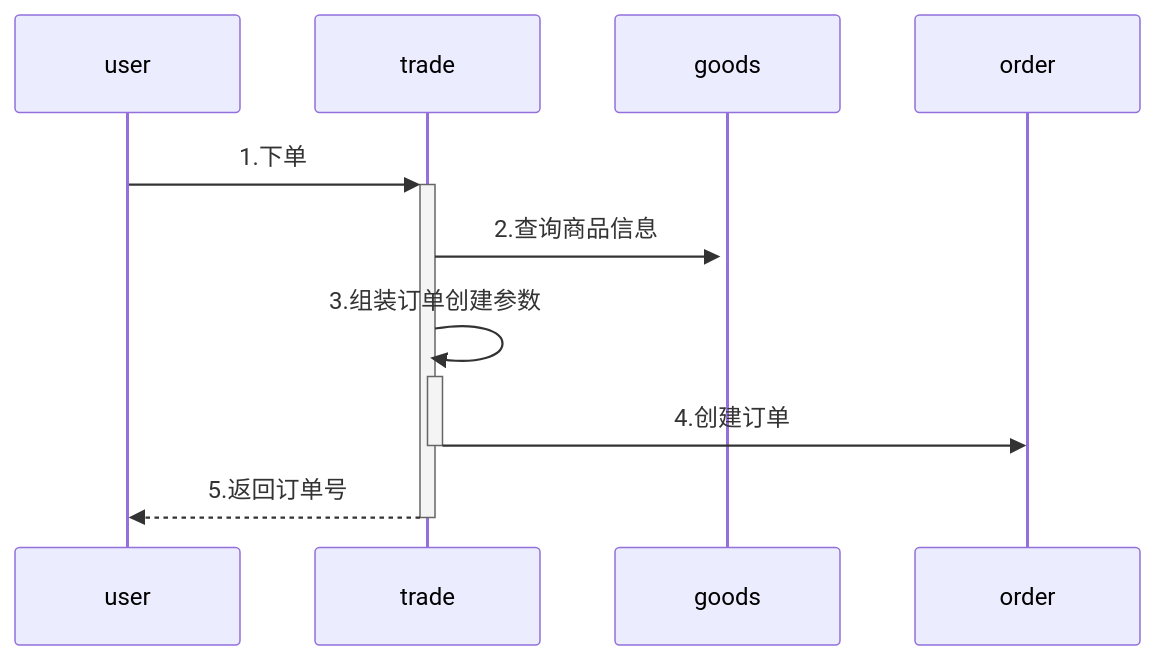
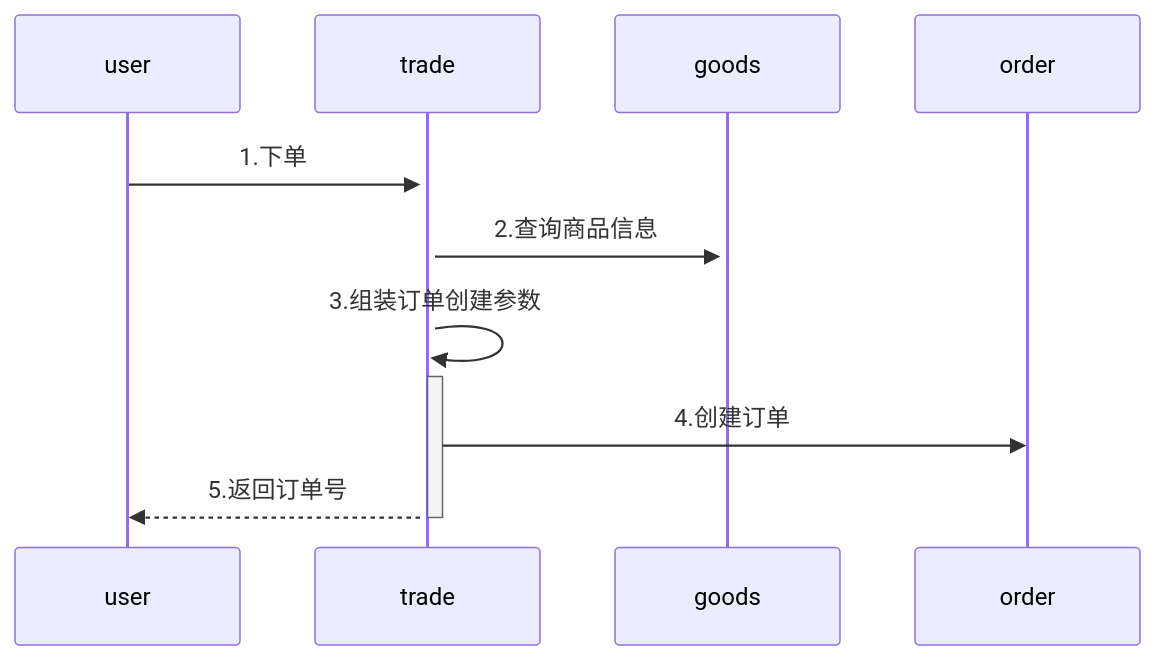
Before and after one commit to yingjianzh/iodraw-files: the diagram in all/未命名-6.md, drawn with Mermaid.

Commit message:
2024-08-19 15:18:02 update

````diff
--- a/all/未命名-6.md
+++ b/all/未命名-6.md
@@ -1,8 +1,8 @@
 ```mermaid
 sequenceDiagram
     user->>+trade: 1.下单
     trade->>+goods: 2.查询商品信息
     trade->>+trade: 3.组装订单创建参数
-    trade->>-order: 4.创建订单
+    trade->>order: 4.创建订单
     trade-->>-user: 5.返回订单号
 ```
````
